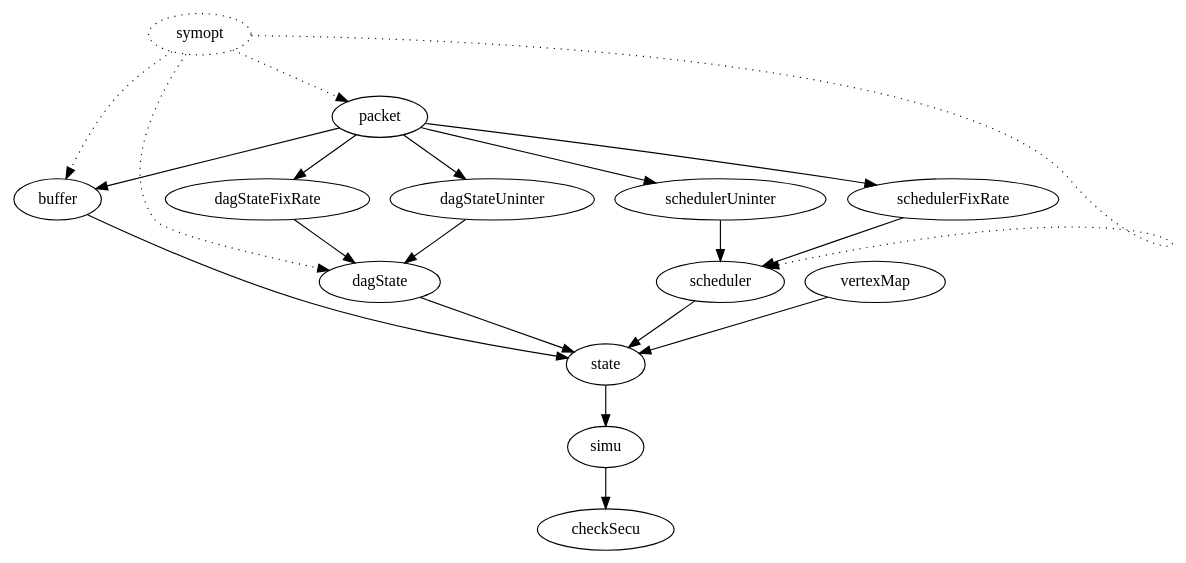
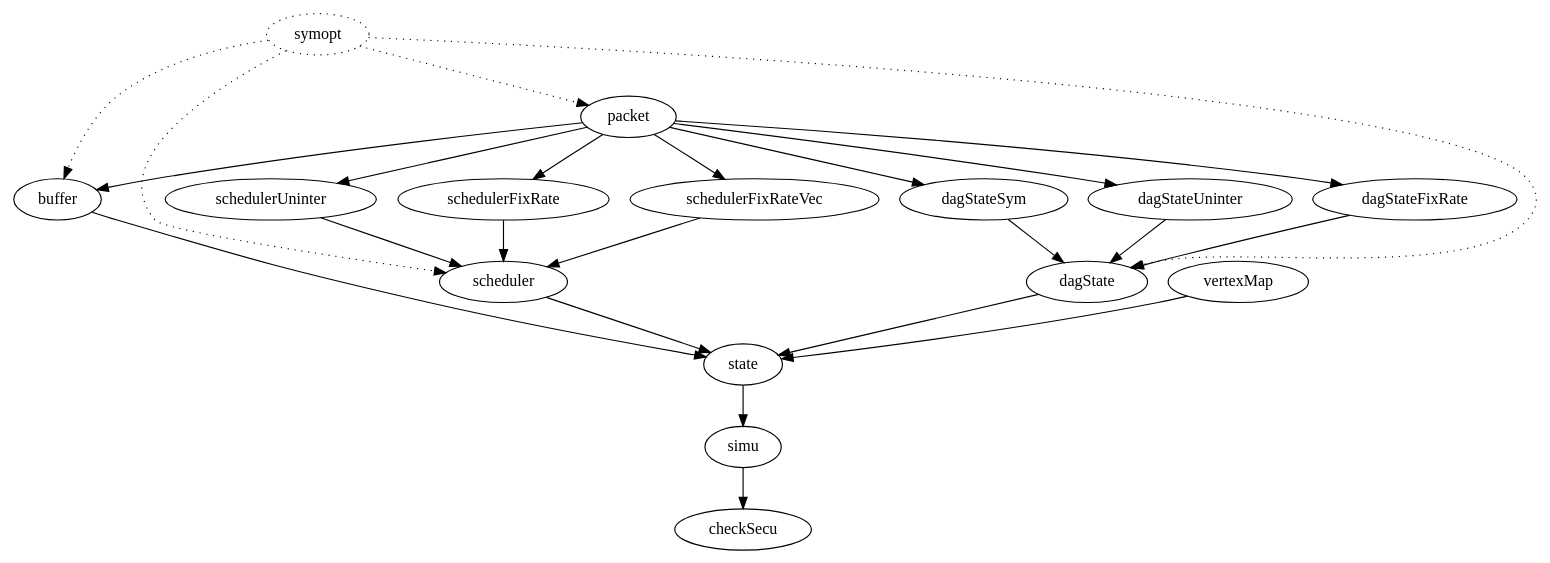
The diagram in doc/fileHierarchy.gv (CSAIL-Arch-Sec/DAGguise-verification), drawn with Graphviz before and after one commit. The commit also changed 4 other files, not shown here.

```diff
--- a/doc/fileHierarchy.gv
+++ b/doc/fileHierarchy.gv
@@ -1,31 +1,35 @@
 digraph G {
 
   "symopt" [style="dotted"];
   "symopt" -> "packet" [style="dotted"];
   "symopt" -> "buffer" [style="dotted"];
   "symopt" -> "dagState" [style="dotted"];
   "symopt" -> "scheduler" [style="dotted"];
 
 
   "packet" -> "buffer";
   "packet" -> "dagStateFixRate";
+  "packet" -> "dagStateSym";
   "packet" -> "dagStateUninter";
   "packet" -> "schedulerFixRate";
+  "packet" -> "schedulerFixRateVec";
   "packet" -> "schedulerUninter";
 
   "schedulerFixRate" -> "scheduler";
+  "schedulerFixRateVec" -> "scheduler";
   "schedulerUninter" -> "scheduler";
 
   "dagStateFixRate" -> "dagState";
+  "dagStateSym" -> "dagState";
   "dagStateUninter" -> "dagState";
   
 
   "dagState" -> "state";
   "buffer" -> "state";
   "vertexMap" -> "state";
   "scheduler" -> "state";
 
   "state" -> "simu";
 
   "simu" -> "checkSecu";
 }
```
